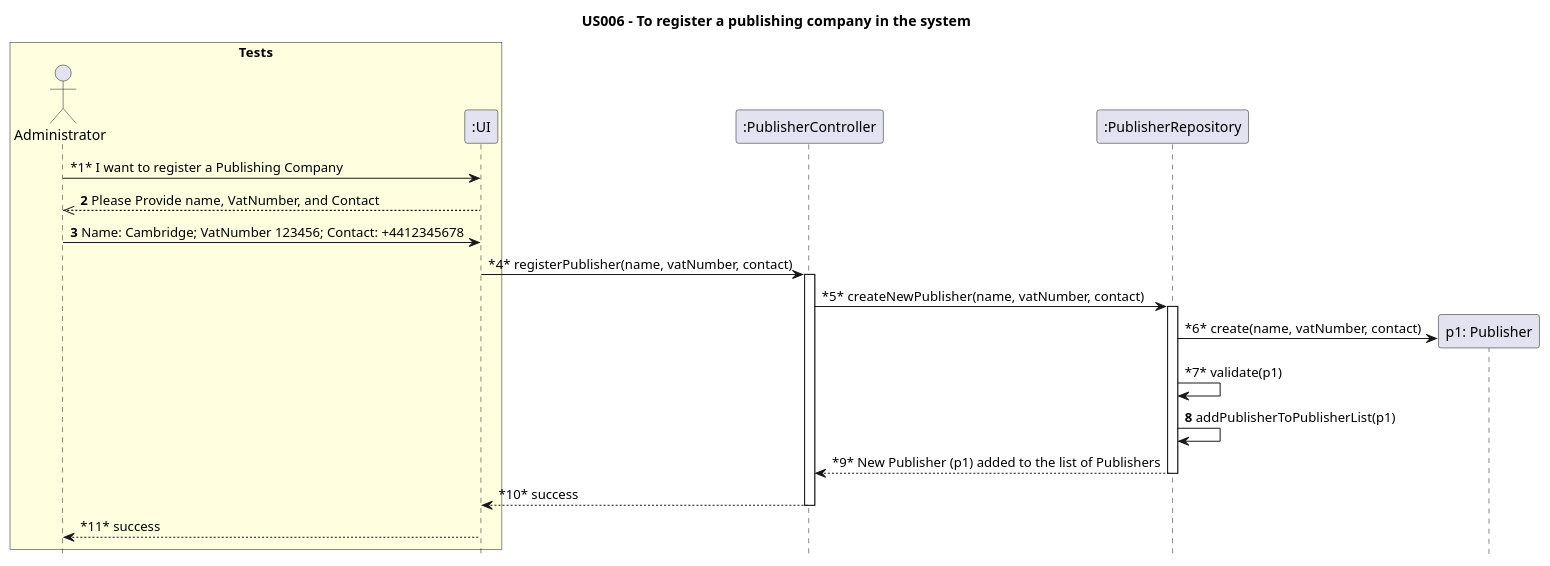
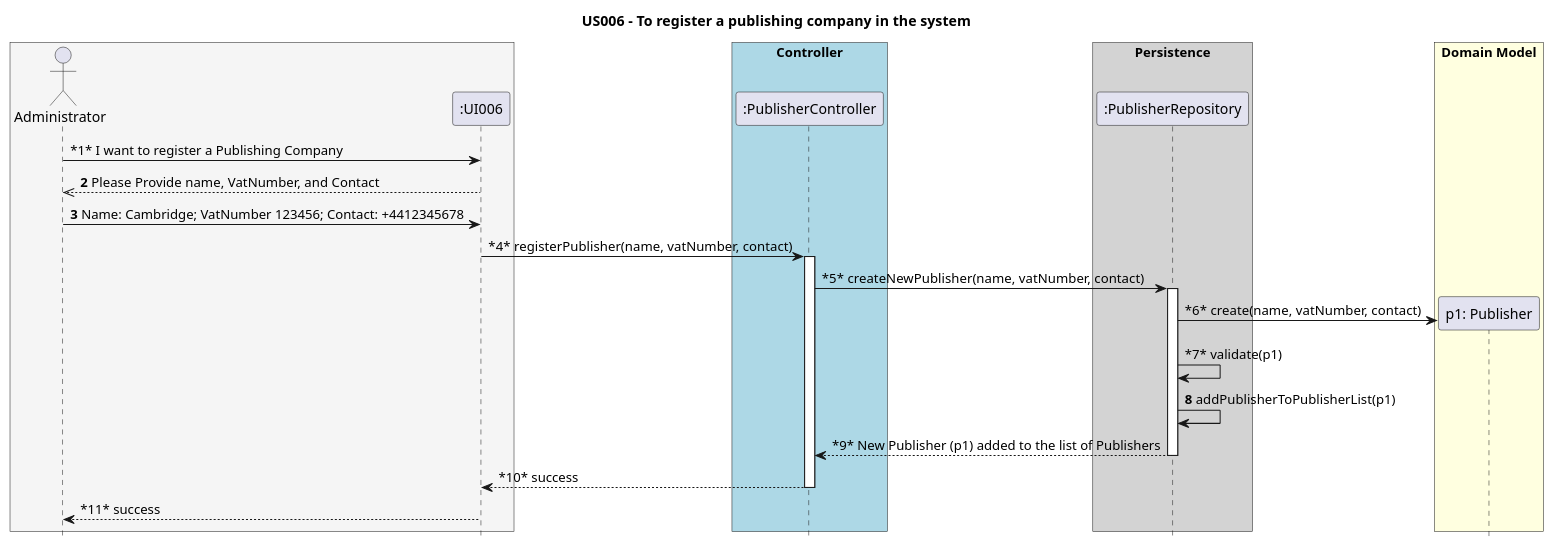
The diagram in Diagrams/SequenceDiagrams/N2/US006 - To register a publishing company in the system.puml (AndrePereiraGitH/SWitCH-Project-Team_A), drawn with PlantUML before and after one commit. The commit also changed 3 other files, not shown here.

```diff
--- a/Diagrams/SequenceDiagrams/N2/US006 - To register a publishing company in the system.puml
+++ b/Diagrams/SequenceDiagrams/N2/US006 - To register a publishing company in the system.puml
@@ -1,43 +1,52 @@
 @startuml
 
 hide footbox
 title US006 - To register a publishing company in the system
 
-box "Tests" #LightYellow
+box #WhiteSmoke
 actor Administrator
-participant ":UI" as UI
+participant ":UI006" as UI
 end box
 
+box "Controller" #LightBlue
 participant ":PublisherController" as RegisterPublisherController
+
+end box
+
+box "Persistence" #LightGrey
 participant ":PublisherRepository" as PublisherRepository
+end box
 
 Administrator -> UI : *1* I want to register a Publishing Company
 UI -->> Administrator : **2** Please Provide name, VatNumber, and Contact
 Administrator -> UI : **3** Name: Cambridge; VatNumber 123456; Contact: +4412345678
 
 UI -> RegisterPublisherController : *4* registerPublisher(name, vatNumber, contact)
 activate RegisterPublisherController
 
 RegisterPublisherController -> PublisherRepository : *5* createNewPublisher(name, vatNumber, contact)
+
 activate PublisherRepository
 
+box "Domain Model"#LightYellow
 create "p1: Publisher" as User
+end box
+
 PublisherRepository -> User : *6* create(name, vatNumber, contact)
-
 
 
 PublisherRepository -> PublisherRepository : *7* validate(p1)
 PublisherRepository -> PublisherRepository : **8** addPublisherToPublisherList(p1)
 
 
 PublisherRepository --> RegisterPublisherController : *9* New Publisher (p1) added to the list of Publishers
 deactivate PublisherRepository
 
 RegisterPublisherController --> UI : *10* success
 deactivate RegisterPublisherController
 
 UI --> Administrator : *11* success
 
 
 
 @enduml
```
